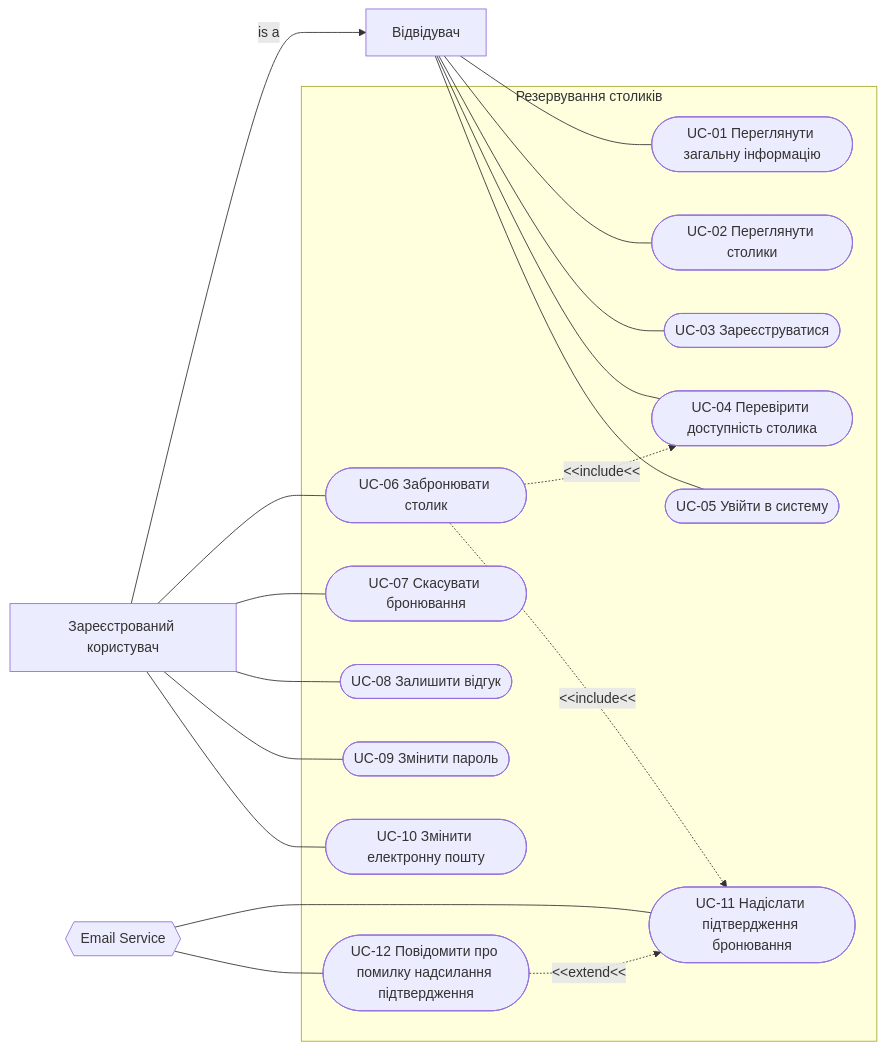
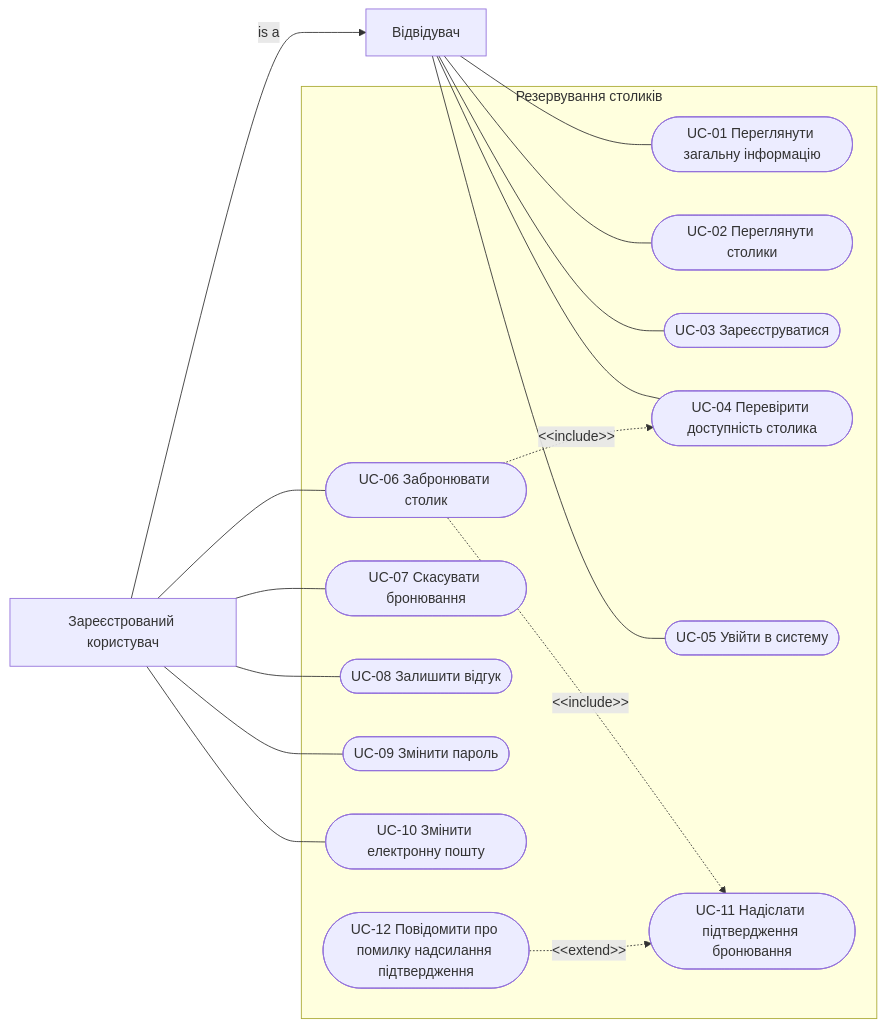
Before and after one commit to Vvvvvaleriia/Labs-KPI: the diagram in lab2/use-case-diagram.md, drawn with Mermaid. The commit also changed 3 other files, not shown here.

Commit message:
remove Email Service actor

````diff
--- a/lab2/use-case-diagram.md
+++ b/lab2/use-case-diagram.md
@@ -1,42 +1,38 @@
 ```mermaid
 flowchart LR
     Visitor["Відвідувач"]
     Registered["Зареєстрований користувач"]
-    Email{{"Email Service"}}
 
     Registered -->|is a| Visitor
 
     subgraph System["Резервування столиків"]
         UC01(["UC-01 Переглянути загальну інформацію"])
         UC02(["UC-02 Переглянути столики"])
         UC03(["UC-03 Зареєструватися"])
         UC04(["UC-04 Перевірити доступність столика"])
         UC05(["UC-05 Увійти в систему"])
         UC06(["UC-06 Забронювати столик"])
         UC07(["UC-07 Скасувати бронювання"])
         UC08(["UC-08 Залишити відгук"])
         UC09(["UC-09 Змінити пароль"])
         UC10(["UC-10 Змінити електронну пошту"])
         UC11(["UC-11 Надіслати підтвердження бронювання"])
         UC12(["UC-12 Повідомити про помилку надсилання підтвердження"])
     end
 
     Visitor --- UC01
     Visitor --- UC02
     Visitor --- UC03
     Visitor --- UC04
     Visitor --- UC05
 
     Registered --- UC06
     Registered --- UC07
     Registered --- UC08
     Registered --- UC09
     Registered --- UC10
 
-    Email --- UC11
-    Email --- UC12
-
-    UC06 -. "&lt;&lt;include&lt;&lt;" .-> UC04
-    UC06 -. "&lt;&lt;include&lt;&lt;" .-> UC11
-    UC12 -. "&lt;&lt;extend&lt;&lt;" .-> UC11
+    UC06 -. "&lt;&lt;include&gt;&gt;" .-> UC04
+    UC06 -. "&lt;&lt;include&gt;&gt;" .-> UC11
+    UC12 -. "&lt;&lt;extend&gt;&gt;" .-> UC11
 ```
````
